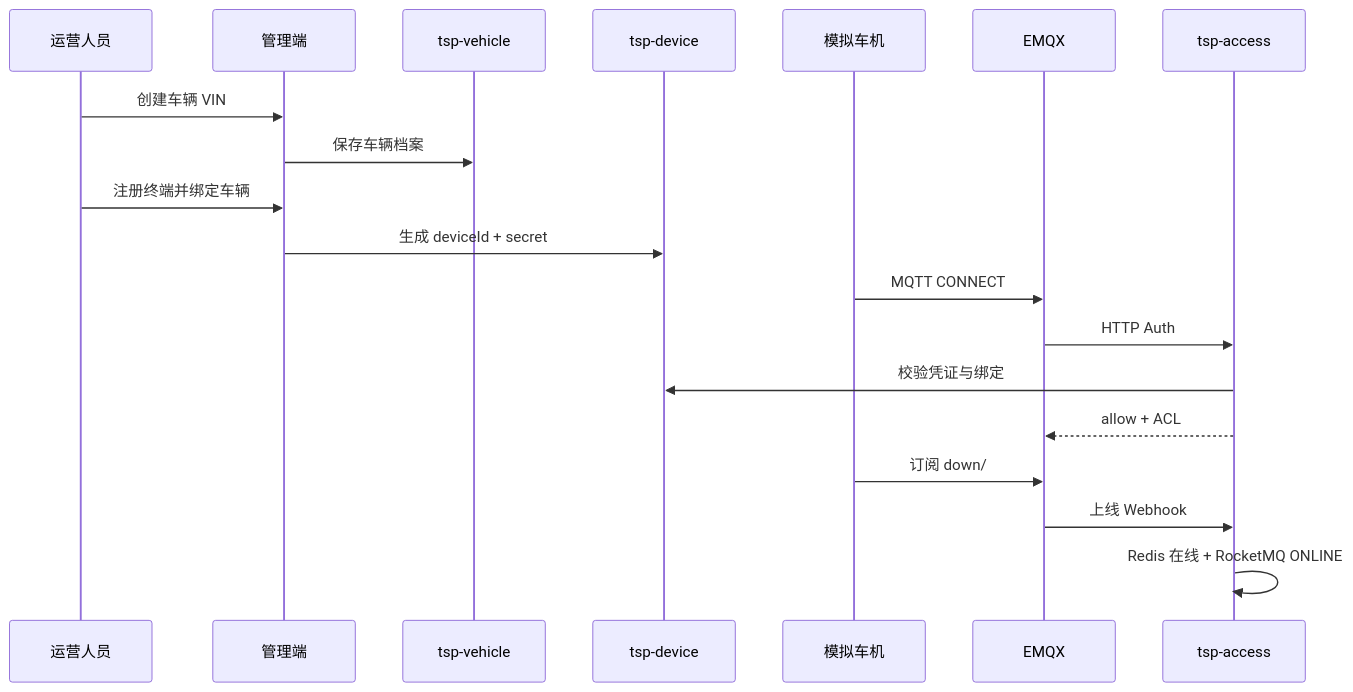
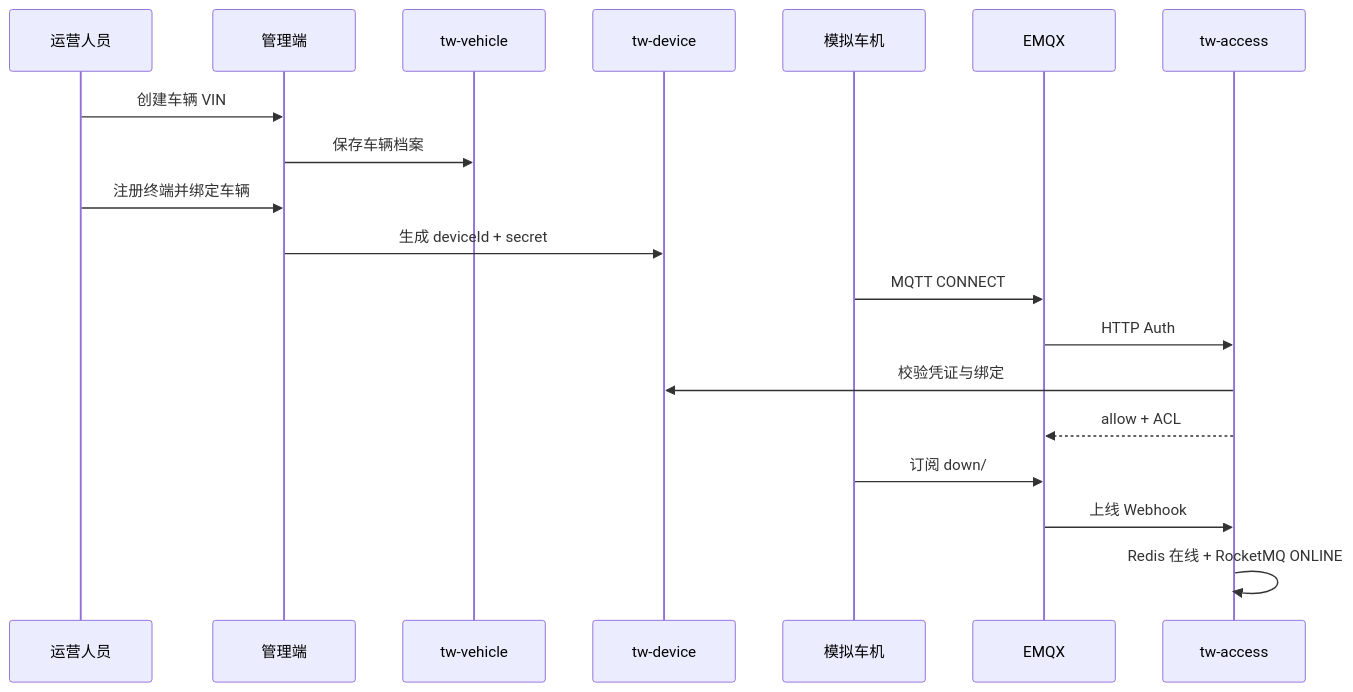
One commit to codeyunze/yz-mall changed the third of 6 diagrams in docs/prepare/功能模块规划.md. Above: the diagram before and after it, drawn with Mermaid. The commit also changed other lines of this file and 5 other files, not shown here.

````diff
--- a/docs/prepare/功能模块规划.md
+++ b/docs/prepare/功能模块规划.md
@@ -221,22 +222,22 @@
 ```mermaid
 sequenceDiagram
   participant Op as 运营人员
   participant PC as 管理端
-  participant V as tsp-vehicle
-  participant D as tsp-device
+  participant V as tw-vehicle
+  participant D as tw-device
   participant Car as 模拟车机
   participant EMQX as EMQX
-  participant Acc as tsp-access
+  participant Acc as tw-access
 
   Op->>PC: 创建车辆 VIN
   PC->>V: 保存车辆档案
   Op->>PC: 注册终端并绑定车辆
   PC->>D: 生成 deviceId + secret
   Car->>EMQX: MQTT CONNECT
   EMQX->>Acc: HTTP Auth
   Acc->>D: 校验凭证与绑定
   Acc-->>EMQX: allow + ACL
   Car->>EMQX: 订阅 down/# ，发布 heartbeat
   EMQX->>Acc: 上线 Webhook
   Acc->>Acc: Redis 在线 + RocketMQ ONLINE
 ```
````
